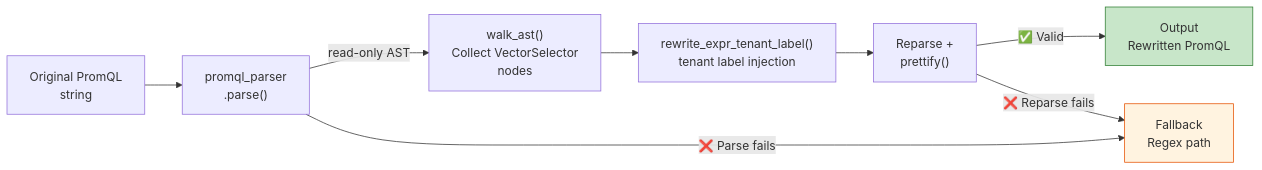
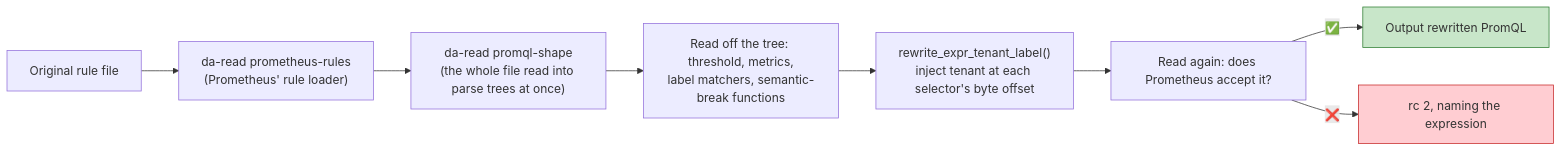
The diagram in docs/migration-engine.en.md (vencil/Dynamic-Alerting-Integrations), drawn with Mermaid before and after one commit. The commit also changed other lines of this file and 33 other files, not shown here.

First line of the commit message:
refactor(tools)!: 第三方 promql-parser 退場，PromQL 只由 Prometheus 的 parser 判讀（#4215）

````diff
--- a/docs/migration-engine.en.md
+++ b/docs/migration-engine.en.md
@@ -18,13 +18,13 @@
 ```mermaid
 flowchart LR
-    A["Original PromQL<br/>string"] --> B["promql_parser<br/>.parse()"]
-    B -->|"read-only AST"| C["walk_ast()<br/>Collect VectorSelector<br/>nodes"]
-    C --> D["rewrite_expr_tenant_label()<br/>tenant label injection"]
-    D --> E["Reparse +<br/>prettify()"]
-    E -->|"✅ Valid"| F["Output<br/>Rewritten PromQL"]
-    B -->|"❌ Parse fails"| G["Fallback<br/>Regex path"]
-    E -->|"❌ Reparse fails"| G
+    A["Original rule file"] --> B["da-read prometheus-rules<br/>(Prometheus' rule loader)"]
+    B --> C["da-read promql-shape<br/>(the whole file read into parse trees at once)"]
+    C --> D["Read off the tree: threshold, metrics,<br/>label matchers, semantic-break functions"]
+    D --> E["rewrite_expr_tenant_label()<br/>inject tenant at each selector's byte offset"]
+    E --> F["Read again: does Prometheus accept it?"]
+    F -->|"✅"| G["Output rewritten PromQL"]
+    F -->|"❌"| H["rc 2, naming the expression"]
 
-    style F fill:#c8e6c9,stroke:#2e7d32
-    style G fill:#fff3e0,stroke:#e65100
+    style G fill:#c8e6c9,stroke:#2e7d32
+    style H fill:#ffcdd2,stroke:#c62828
 ```
````
